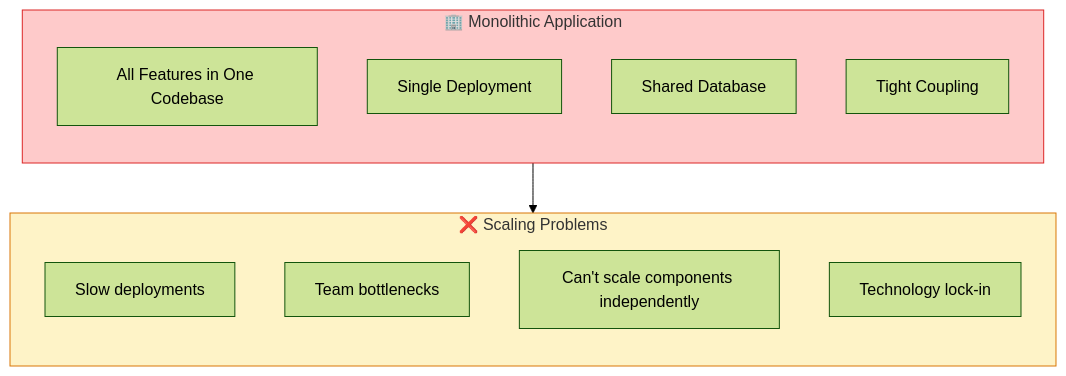
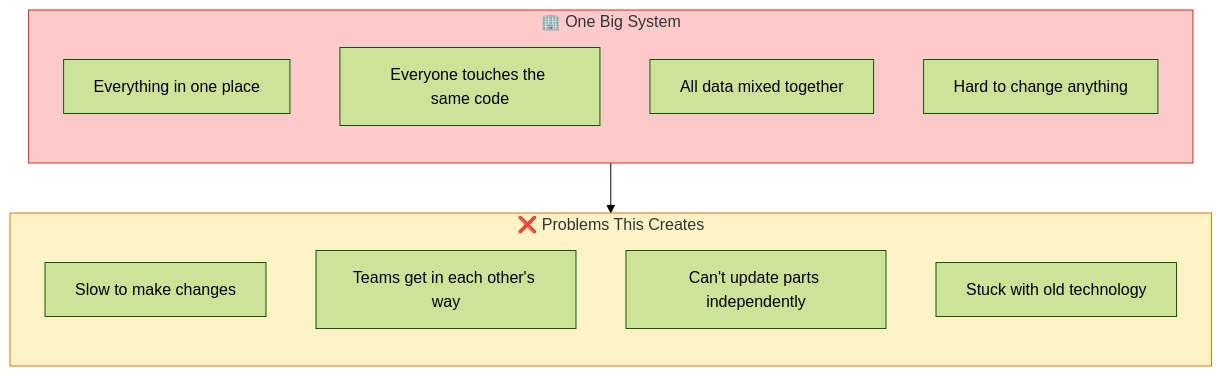
Before and after one commit to rilov/handbook: the second of 16 diagrams in _topics/scaling-api-design-architecture-part-2.md, drawn with Mermaid (forest theme). The commit also changed other lines of this file, not shown here.

```diff
--- a/_topics/scaling-api-design-architecture-part-2.md
+++ b/_topics/scaling-api-design-architecture-part-2.md
@@ -59,23 +70,23 @@
 <div class="mermaid">
 flowchart TD
-    subgraph monolith["🏢 Monolithic Application"]
+    subgraph monolith["🏢 One Big System"]
         direction TB
-        A["All Features in One Codebase"]
-        B["Single Deployment"]
-        C["Shared Database"]
-        D["Tight Coupling"]
+        A["Everything in one place"]
+        B["Everyone touches the same code"]
+        C["All data mixed together"]
+        D["Hard to change anything"]
     end
     
-    subgraph problems["❌ Scaling Problems"]
+    subgraph problems["❌ Problems This Creates"]
         direction TB
-        P1["Slow deployments"]
-        P2["Team bottlenecks"]
-        P3["Can't scale components independently"]
-        P4["Technology lock-in"]
+        P1["Slow to make changes"]
+        P2["Teams get in each other's way"]
+        P3["Can't update parts independently"]
+        P4["Stuck with old technology"]
     end
     
     monolith --> problems
     
     style monolith fill:#fecaca,stroke:#dc2626
     style problems fill:#fef3c7,stroke:#d97706
 </div>
```
